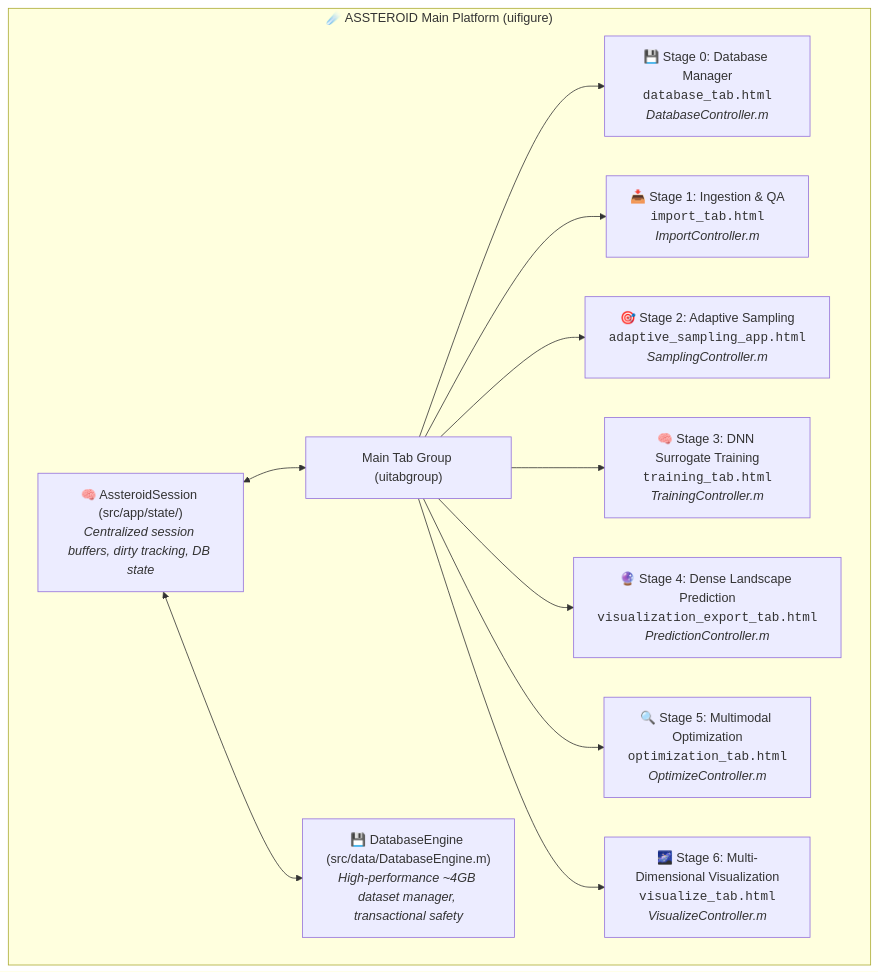
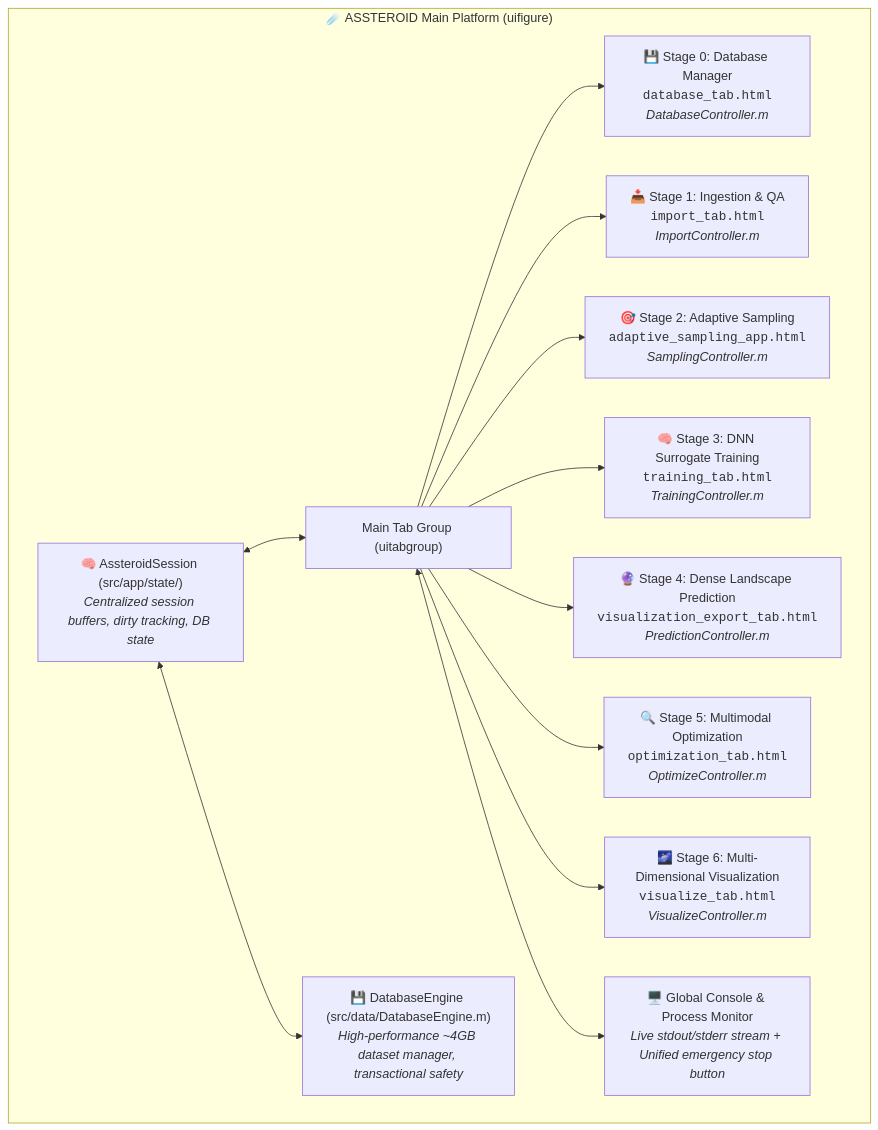
The first of 3 diagrams in docs/app_architecture.md (MahZadYar/ASSTEROID), drawn with Mermaid before and after one commit. The commit also changed other lines of this file and 4 other files, not shown here.

Commit message:
docs(v5.3): update code documentation, architecture guides, and bump to v5.3.0

````diff
--- a/docs/app_architecture.md
+++ b/docs/app_architecture.md
@@ -21,18 +21,21 @@
 ```mermaid
 flowchart TD
     subgraph App ["☄️ ASSTEROID Main Platform (uifigure)"]
         Session["🧠 AssteroidSession (src/app/state/)<br/><i>Centralized session buffers, dirty tracking, DB state</i>"]
         DBEngine["💾 DatabaseEngine (src/data/DatabaseEngine.m)<br/><i>High-performance ~4GB dataset manager, transactional safety</i>"]
         TG["Main Tab Group (uitabgroup)"]
 
         TG --> S0["💾 Stage 0: Database Manager<br/><code>database_tab.html</code><br/><i>DatabaseController.m</i>"]
         TG --> S1["📥 Stage 1: Ingestion & QA<br/><code>import_tab.html</code><br/><i>ImportController.m</i>"]
         TG --> S2["🎯 Stage 2: Adaptive Sampling<br/><code>adaptive_sampling_app.html</code><br/><i>SamplingController.m</i>"]
         TG --> S3["🧠 Stage 3: DNN Surrogate Training<br/><code>training_tab.html</code><br/><i>TrainingController.m</i>"]
         TG --> S4["🔮 Stage 4: Dense Landscape Prediction<br/><code>visualization_export_tab.html</code><br/><i>PredictionController.m</i>"]
         TG --> S5["🔍 Stage 5: Multimodal Optimization<br/><code>optimization_tab.html</code><br/><i>OptimizeController.m</i>"]
         TG --> S6["🌌 Stage 6: Multi-Dimensional Visualization<br/><code>visualize_tab.html</code><br/><i>VisualizeController.m</i>"]
+
+        Console["🖥️ Global Console & Process Monitor<br/><i>Live stdout/stderr stream + Unified emergency stop button</i>"]
     end
     Session <--> DBEngine
     Session <--> TG
+    TG <--> Console
 ```
````
